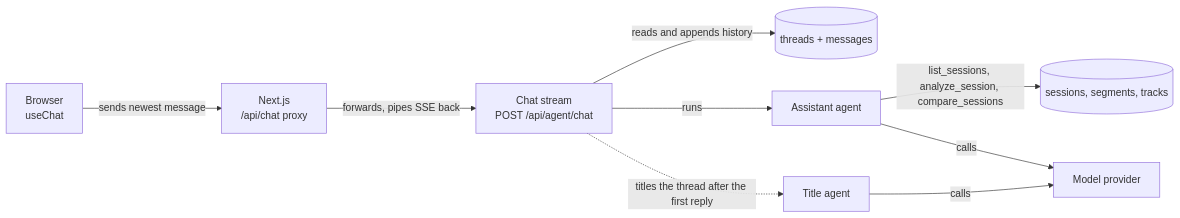
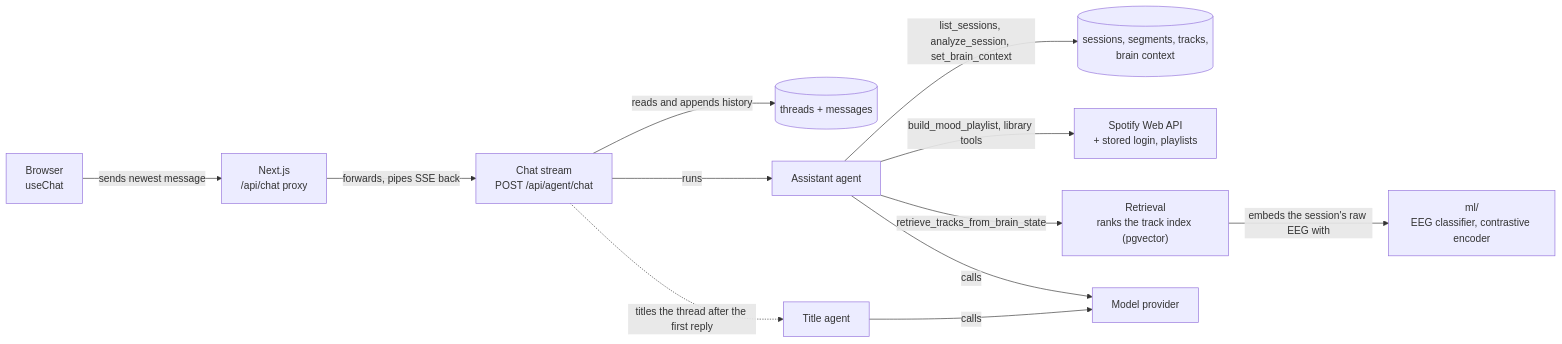
One commit to LukeMainwaring/cortexdj changed the diagram in docs/architecture/README.md. Above: the diagram before and after it, drawn with Mermaid. The commit also changed other lines of this file and 3 other files, not shown here.

First line of the commit message:
docs(port): describe this repo's slices, seams, and ml kernel in the architecture guide

````diff
--- a/docs/architecture/README.md
+++ b/docs/architecture/README.md
@@ -15,11 +15,14 @@
 ```mermaid
 flowchart LR
     browser["Browser<br/>useChat"] -->|sends newest message| proxy["Next.js<br/>/api/chat proxy"]
     proxy -->|forwards, pipes SSE back| stream["Chat stream<br/>POST /api/agent/chat"]
     stream -->|reads and appends history| threads[("threads + messages")]
     stream -->|runs| assistant[Assistant agent]
-    assistant -->|list_sessions, analyze_session, compare_sessions| sessions[("sessions, segments, tracks")]
+    assistant -->|list_sessions, analyze_session, set_brain_context| sessions[("sessions, segments, tracks,<br/>brain context")]
+    assistant -->|build_mood_playlist, library tools| spotify["Spotify Web API<br/>+ stored login, playlists"]
+    assistant -->|retrieve_tracks_from_brain_state| retrieval["Retrieval<br/>ranks the track index (pgvector)"]
+    retrieval -->|embeds the session's raw EEG with| ml["ml/<br/>EEG classifier, contrastive encoder"]
     assistant -->|calls| model[Model provider]
     stream -.->|titles the thread after the first reply| title[Title agent]
     title -->|calls| model
 ```
````
